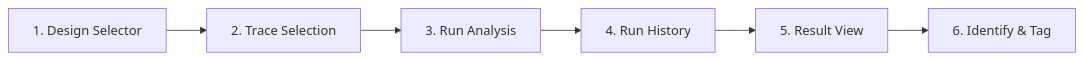
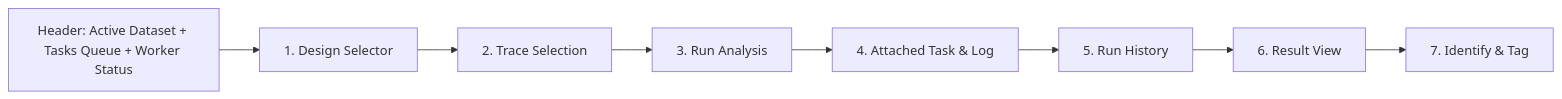
Before and after one commit to arfiligol/superconducting-circuits-tutorial: the diagram in docs/reference/app/frontend/research-workflow/characterization.md, drawn with Mermaid. The commit also changed other lines of this file and 48 other files, not shown here.

````diff
--- a/docs/reference/app/frontend/research-workflow/characterization.md
+++ b/docs/reference/app/frontend/research-workflow/characterization.md
@@ -54,8 +52,10 @@
 ```mermaid
 graph LR
-    Design[1. Design Selector] --> Traces[2. Trace Selection]
+    Header[Header: Active Dataset + Tasks Queue + Worker Status] --> Design[1. Design Selector]
+    Design --> Traces[2. Trace Selection]
     Traces --> Run[3. Run Analysis]
-    Run --> History[4. Run History]
-    History --> Result[5. Result View]
-    Result --> Tag[6. Identify & Tag]
+    Run --> Attached[4. Attached Task & Log]
+    Attached --> History[5. Run History]
+    History --> Result[6. Result View]
+    Result --> Tag[7. Identify & Tag]
 ```
````
